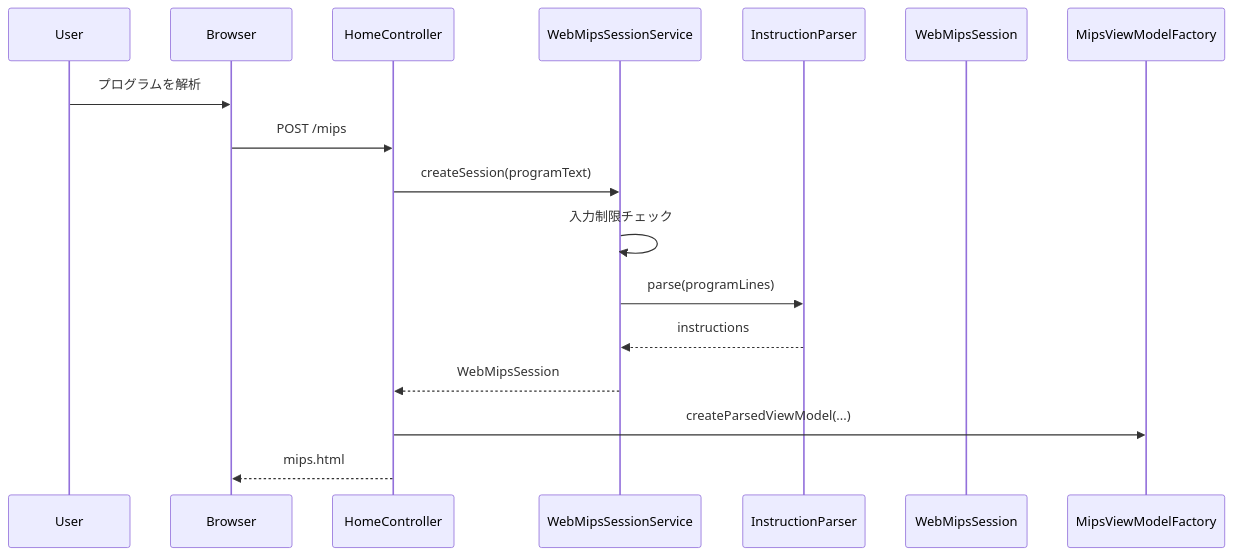
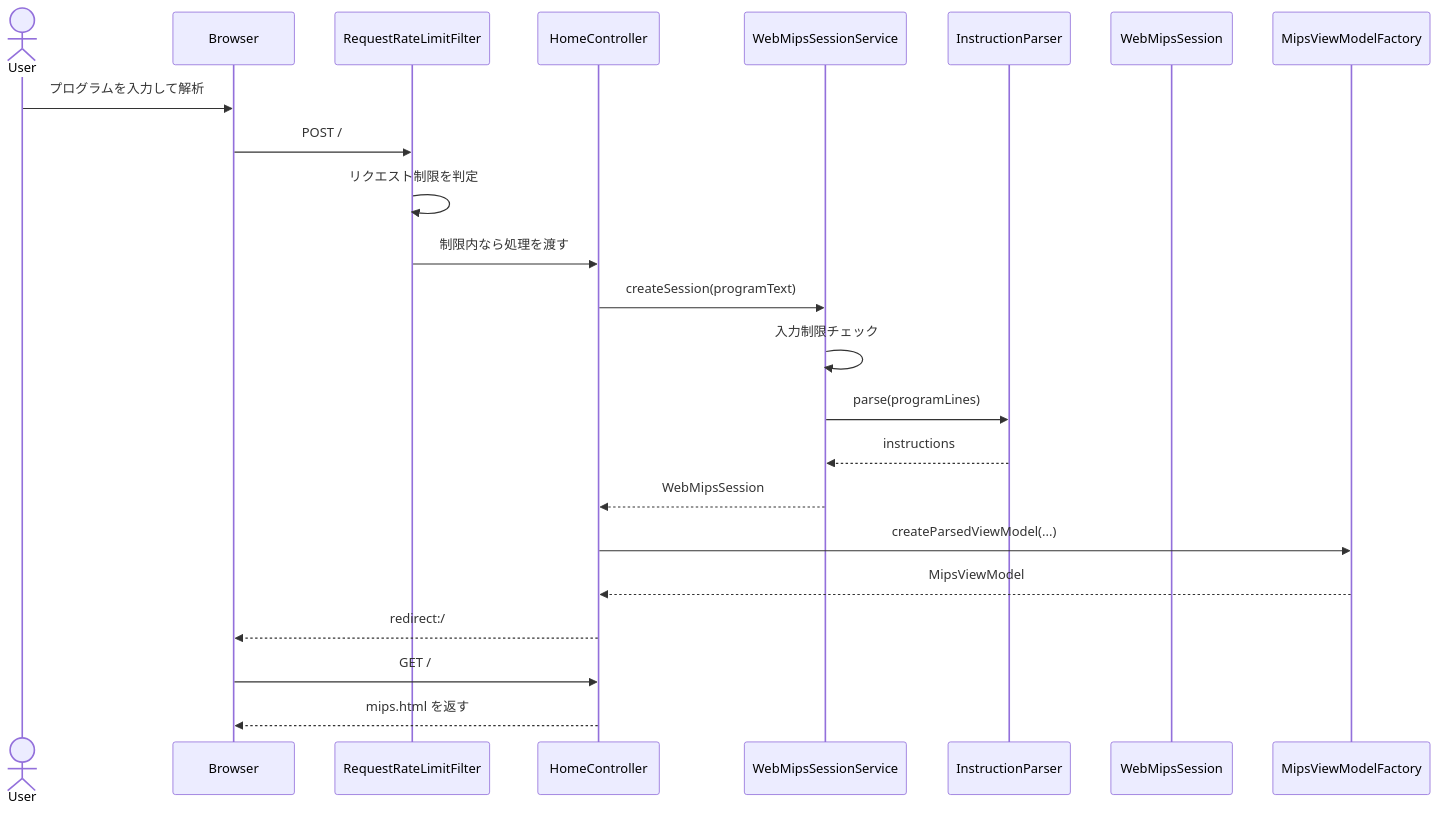
Before and after one commit to mkunori/MipsStepLab: the third of 5 diagrams in README.md, drawn with Mermaid. The commit also changed other lines of this file, not shown here.

````diff
--- a/README.md
+++ b/README.md
@@ -471,21 +471,26 @@
 ```mermaid
 sequenceDiagram
+    actor User
+    participant Browser
+    participant Filter as RequestRateLimitFilter
+    participant Controller as HomeController
+    participant Service as WebMipsSessionService
+    participant Parser as InstructionParser
+    participant Session as WebMipsSession
+    participant Factory as MipsViewModelFactory
 
-participant User
-participant Browser
-participant HomeController
-participant WebMipsSessionService
-participant InstructionParser
-participant WebMipsSession
-participant MipsViewModelFactory
-
-User ->> Browser : プログラムを解析
-Browser ->> HomeController : POST /mips
-HomeController ->> WebMipsSessionService : createSession(programText)
-WebMipsSessionService ->> WebMipsSessionService : 入力制限チェック
-WebMipsSessionService ->> InstructionParser : parse(programLines)
-InstructionParser -->> WebMipsSessionService : instructions
-WebMipsSessionService -->> HomeController : WebMipsSession
-HomeController ->> MipsViewModelFactory : createParsedViewModel(...)
-HomeController -->> Browser : mips.html
+    User->>Browser: プログラムを入力して解析
+    Browser->>Filter: POST /
+    Filter->>Filter: リクエスト制限を判定
+    Filter->>Controller: 制限内なら処理を渡す
+    Controller->>Service: createSession(programText)
+    Service->>Service: 入力制限チェック
+    Service->>Parser: parse(programLines)
+    Parser-->>Service: instructions
+    Service-->>Controller: WebMipsSession
+    Controller->>Factory: createParsedViewModel(...)
+    Factory-->>Controller: MipsViewModel
+    Controller-->>Browser: redirect:/
+    Browser->>Controller: GET /
+    Controller-->>Browser: mips.html を返す
 ```
````
